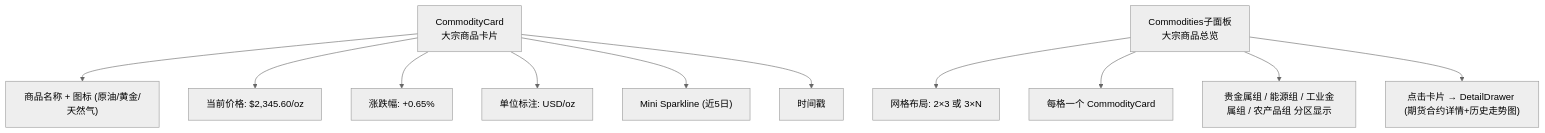
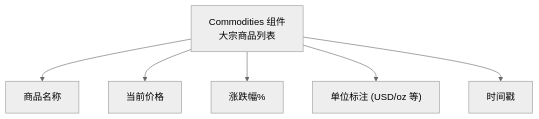
Before and after one commit to onceme/instantboard: the fourth of 6 diagrams in docs/design/finance-tab.md, drawn with Mermaid (neutral theme). The commit also changed other lines of this file and 14 other files, not shown here.

````diff
--- a/docs/design/finance-tab.md
+++ b/docs/design/finance-tab.md
@@ -288,16 +213,9 @@
 ```mermaid
 graph TD
-    CC["CommodityCard<br/>大宗商品卡片"]
-    CC --> CN["商品名称 + 图标 (原油/黄金/天然气)"]
-    CC --> CurP["当前价格: $2,345.60/oz"]
-    CC --> CChg["涨跌幅: +0.65%"]
-    CC --> CU["单位标注: USD/oz"]
-    CC --> CSP["Mini Sparkline (近5日)"]
+    CC["Commodities 组件<br/>大宗商品列表"]
+    CC --> CN["商品名称"]
+    CC --> CurP["当前价格"]
+    CC --> CChg["涨跌幅%"]
+    CC --> CU["单位标注 (USD/oz 等)"]
     CC --> CTS["时间戳"]
-
-    CP["Commodities子面板<br/>大宗商品总览"]
-    CP --> Grid["网格布局: 2×3 或 3×N"]
-    CP --> PerCard["每格一个 CommodityCard"]
-    CP --> Groups["贵金属组 / 能源组 / 工业金属组 / 农产品组 分区显示"]
-    CP --> Click2["点击卡片 → DetailDrawer (期货合约详情+历史走势图)"]
 ```
````
